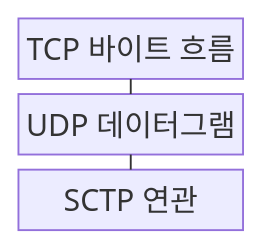
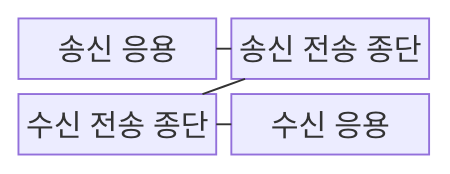
The first of 2 diagrams in src/content/docs/notes/04-network/025_tcp_udp_sctp_comparison.md (agnusdei1207/knowledge-base), drawn with Mermaid before and after one commit. The commit also changed other lines of this file and 20 other files, not shown here.

````diff
--- a/src/content/docs/notes/04-network/025_tcp_udp_sctp_comparison.md
+++ b/src/content/docs/notes/04-network/025_tcp_udp_sctp_comparison.md
@@ -57,9 +59,11 @@
 ```mermaid
-block-beta
-    columns 1
-    A["TCP 바이트 흐름"]
-    B["UDP 데이터그램"]
-    C["SCTP 연관"]
+block
+    columns 2
+    A["송신 응용"]
+    B["송신 전송 종단"]
+    C["수신 전송 종단"]
+    D["수신 응용"]
     A --- B
     B --- C
+    C --- D
 ```
````
